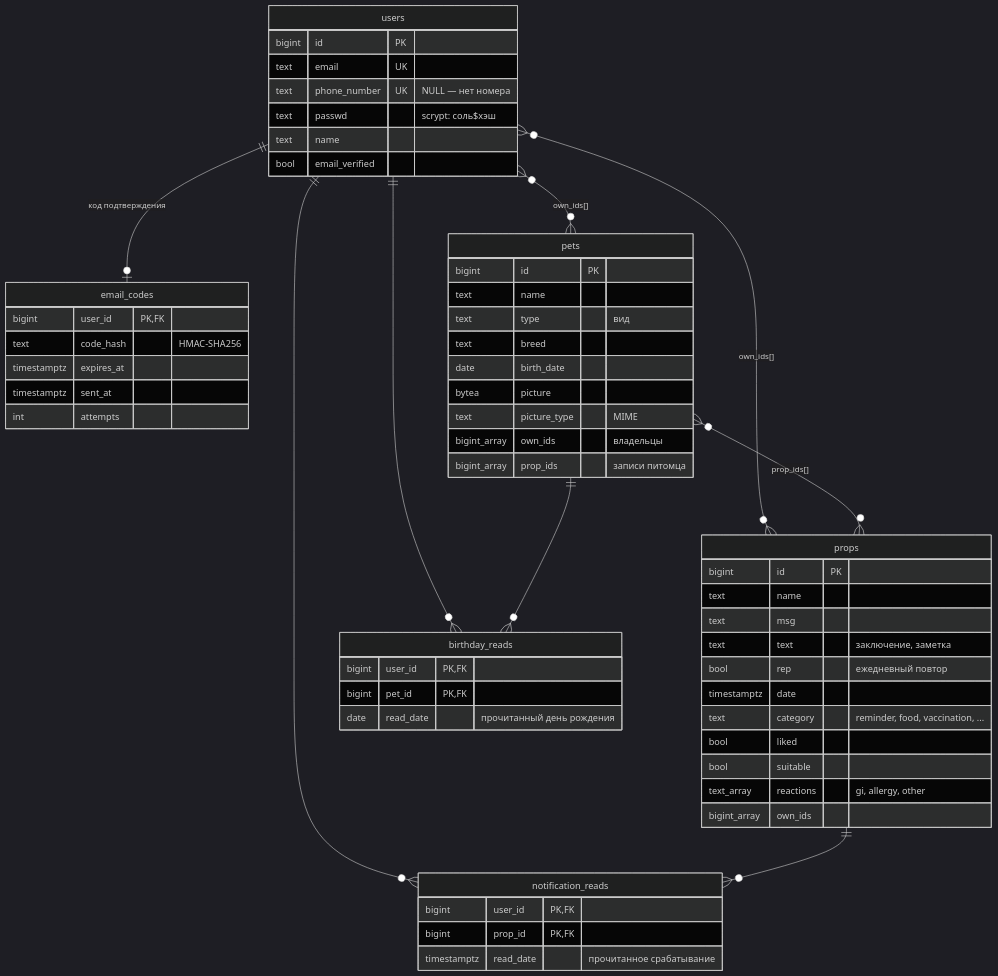
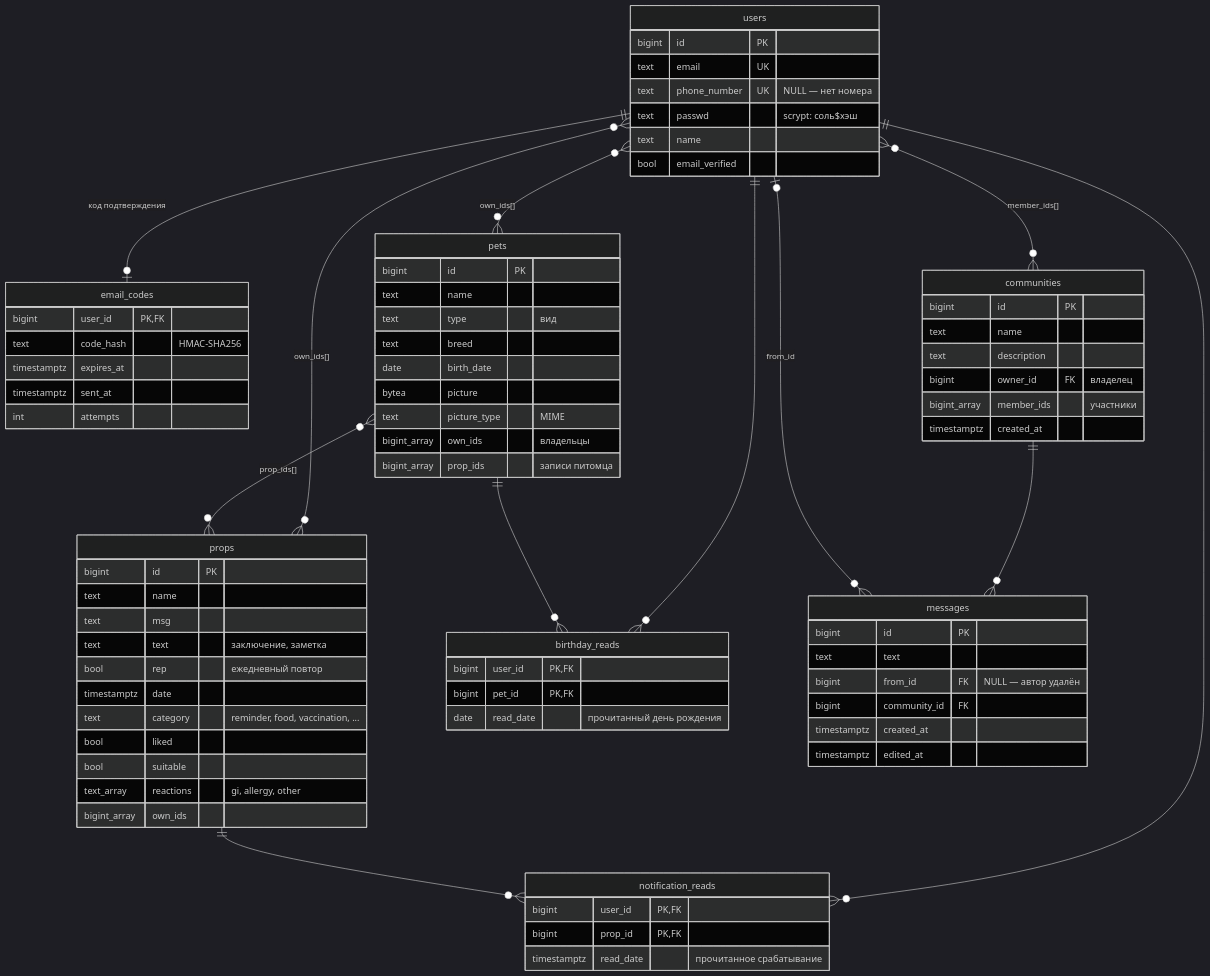
One commit to sigizmund993/prod-petCare changed the third of 6 diagrams in ARCHITECTURE.md. Above: the diagram before and after it, drawn with Mermaid (dark theme). The commit also changed other lines of this file and 11 other files, not shown here.

First line of the commit message:
community: open communities with members and messages

````diff
--- a/ARCHITECTURE.md
+++ b/ARCHITECTURE.md
@@ -144,61 +144,80 @@
 ```mermaid
 erDiagram
     users ||--o| email_codes : "код подтверждения"
     users }o--o{ pets : "own_ids[]"
     users }o--o{ props : "own_ids[]"
     pets }o--o{ props : "prop_ids[]"
     users ||--o{ notification_reads : ""
     props ||--o{ notification_reads : ""
     users ||--o{ birthday_reads : ""
     pets ||--o{ birthday_reads : ""
+    users }o--o{ communities : "member_ids[]"
+    communities ||--o{ messages : ""
+    users |o--o{ messages : "from_id"
 
     users {
         bigint id PK
         text email UK
         text phone_number UK "NULL — нет номера"
         text passwd "scrypt: соль$хэш"
         text name
         bool email_verified
     }
     email_codes {
         bigint user_id PK,FK
         text code_hash "HMAC-SHA256"
         timestamptz expires_at
         timestamptz sent_at
         int attempts
     }
     pets {
         bigint id PK
         text name
         text type "вид"
         text breed
         date birth_date
         bytea picture
         text picture_type "MIME"
         bigint_array own_ids "владельцы"
         bigint_array prop_ids "записи питомца"
     }
     props {
         bigint id PK
         text name
         text msg
         text text "заключение, заметка"
         bool rep "ежедневный повтор"
         timestamptz date
         text category "reminder, food, vaccination, ..."
         bool liked
         bool suitable
         text_array reactions "gi, allergy, other"
         bigint_array own_ids
     }
     notification_reads {
         bigint user_id PK,FK
         bigint prop_id PK,FK
         timestamptz read_date "прочитанное срабатывание"
     }
     birthday_reads {
         bigint user_id PK,FK
         bigint pet_id PK,FK
         date read_date "прочитанный день рождения"
     }
+    communities {
+        bigint id PK
+        text name
+        text description
+        bigint owner_id FK "владелец"
+        bigint_array member_ids "участники"
+        timestamptz created_at
+    }
+    messages {
+        bigint id PK
+        text text
+        bigint from_id FK "NULL — автор удалён"
+        bigint community_id FK
+        timestamptz created_at
+        timestamptz edited_at
+    }
 ```
````
